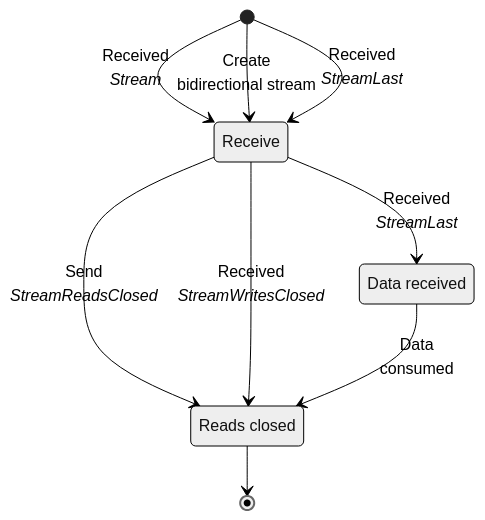
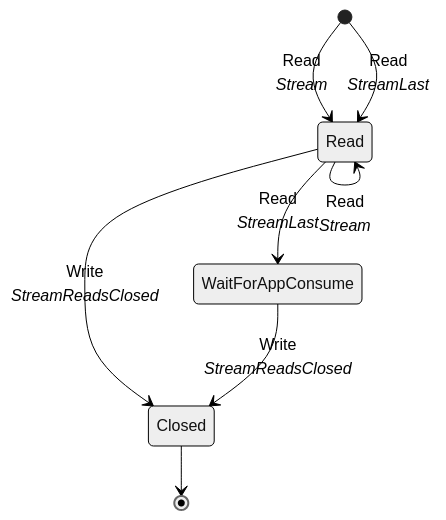
One commit to icerpc/icerpc-docs changed the third of 4 diagrams in pages/icerpc/slic-transport/streams.md. Above: the diagram before and after it, drawn with Mermaid (neutral theme). The commit also changed other lines of this file, not shown here.

Commit message:
Improved state diagrams

````diff
--- a/pages/icerpc/slic-transport/streams.md
+++ b/pages/icerpc/slic-transport/streams.md
@@ -92,13 +138,10 @@
 ```mermaid
 stateDiagram
-    ReadsClosed : Reads closed
-    DataReceived: Data received
-    [*] --> Receive: <center>Received<br/><i>Stream</i></center>
-    [*] --> Receive: <center>Create<br/>bidirectional stream</center>
-    [*] --> Receive: <center>Received<br/><i>StreamLast</i></center>
-    Receive --> ReadsClosed: <center>Send<br/><i>StreamReadsClosed</i></center>
-    Receive --> ReadsClosed: <center>Received<br/><i>StreamWritesClosed</i></center>
-    Receive --> DataReceived: <center>Received<br/><i>StreamLast</i></center>
-    DataReceived --> ReadsClosed: <center>Data<br/>consumed</center>
-    ReadsClosed --> [*]
+    [*] --> Read: <center>Read<br/><i>Stream</i></center>
+    [*] --> Read: <center>Read<br/><i>StreamLast</i></center>
+    Read --> Read: <center>Read<br/><i>Stream</i></center>
+    Read --> Closed: <center>Write<br/><i>StreamReadsClosed</i></center>
+    Read --> WaitForAppConsume: <center>Read<br/><i>StreamLast</i></center>
+    WaitForAppConsume --> Closed: <center>Write<br/><i>StreamReadsClosed</i></center>
+    Closed --> [*]
 ```
````
